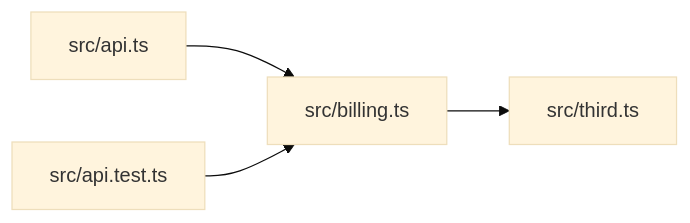
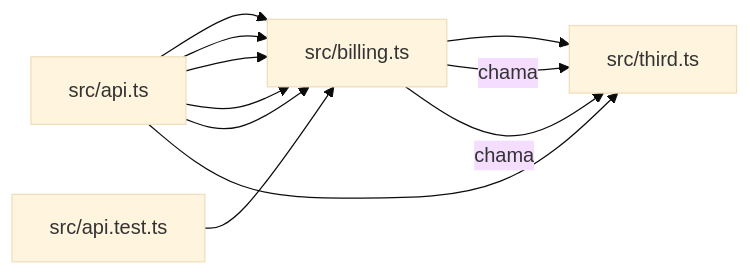
One commit to TavaresEnok/Agent-control changed the diagram in tests/fixtures/module-documentacao/coverage-control/README.md. Above: the diagram before and after it, drawn with Mermaid (base theme). The commit also changed 15 other files, not shown here.

Commit message:
Confere cadeias Mermaid e registra limites da resolução C8

````diff
--- a/tests/fixtures/module-documentacao/coverage-control/README.md
+++ b/tests/fixtures/module-documentacao/coverage-control/README.md
@@ -1,6 +1,11 @@
 ```mermaid
 flowchart LR
-A["src/api.ts"] --> B["src/billing.ts"] --> C["src/third.ts"]
+A["src/api.ts"] --> B["src/billing.ts"]
+C["src/third.ts"]
 %% B["src/legacy.ts"]
+A --> B--> C
+A --> B -- chama --> C
+A-->B-->|chama|C
 T["src/api.test.ts"] --> B
+A --> B & C
 ```
````
